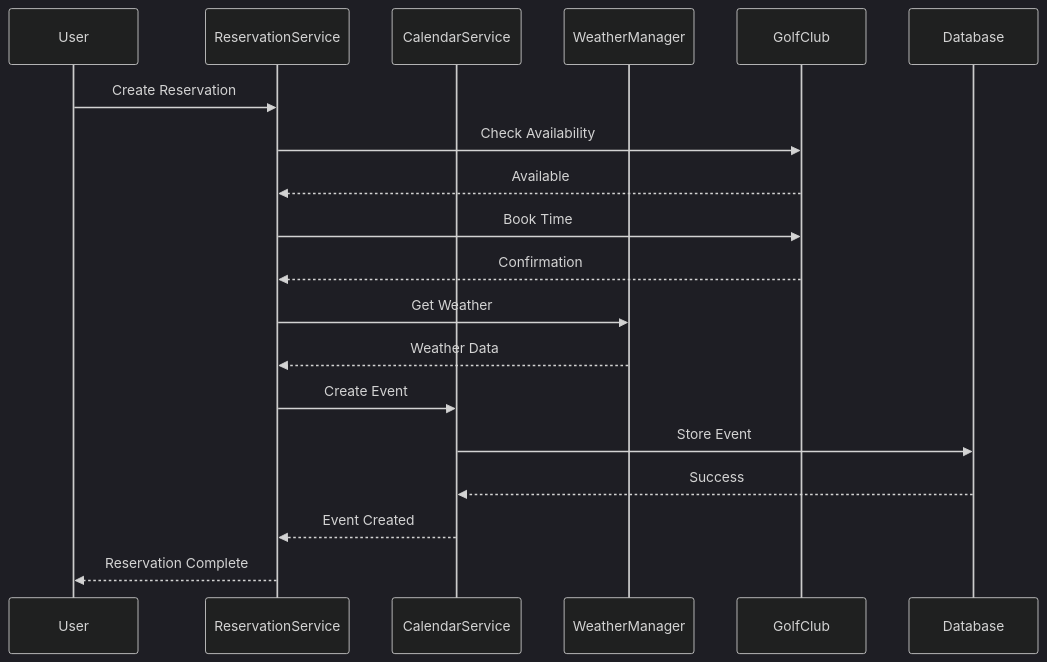
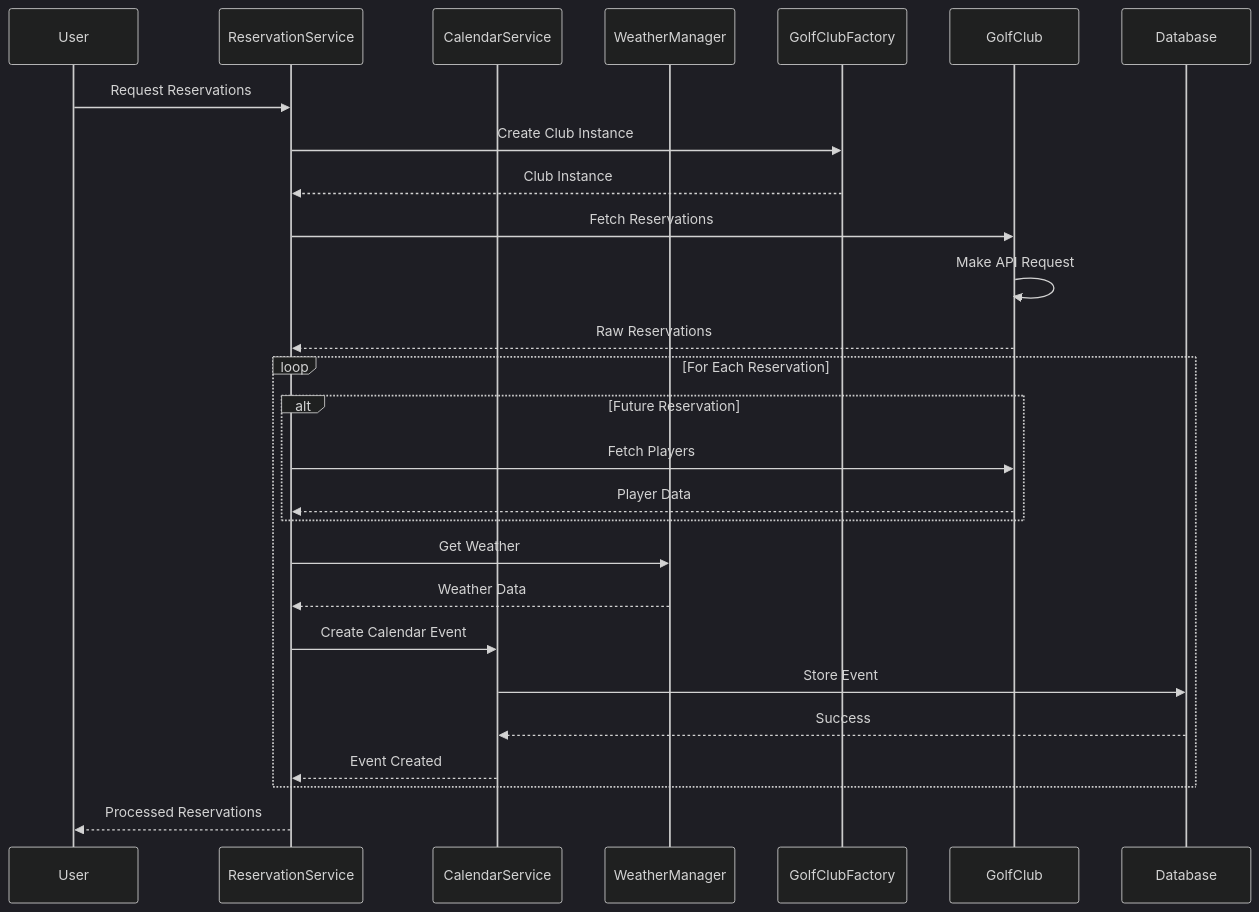
One commit to nasula/golfcal2 changed the fourth of 4 diagrams in docs/architecture/services.md. Above: the diagram before and after it, drawn with Mermaid (dark theme). The commit also changed 3 other files, not shown here.

````diff
--- a/docs/architecture/services.md
+++ b/docs/architecture/services.md
@@ -136,22 +136,32 @@
 ```mermaid
 sequenceDiagram
     participant User
     participant RS as ReservationService
     participant CS as CalendarService
     participant WM as WeatherManager
+    participant GCF as GolfClubFactory
     participant GC as GolfClub
     participant DB as Database
 
-    User->>RS: Create Reservation
-    RS->>GC: Check Availability
-    GC-->>RS: Available
-    RS->>GC: Book Time
-    GC-->>RS: Confirmation
-    RS->>WM: Get Weather
-    WM-->>RS: Weather Data
-    RS->>CS: Create Event
-    CS->>DB: Store Event
-    DB-->>CS: Success
-    CS-->>RS: Event Created
-    RS-->>User: Reservation Complete
+    User->>RS: Request Reservations
+    RS->>GCF: Create Club Instance
+    GCF-->>RS: Club Instance
+    RS->>GC: Fetch Reservations
+    GC->>GC: Make API Request
+    GC-->>RS: Raw Reservations
+    
+    loop For Each Reservation
+        alt Future Reservation
+            RS->>GC: Fetch Players
+            GC-->>RS: Player Data
+        end
+        RS->>WM: Get Weather
+        WM-->>RS: Weather Data
+        RS->>CS: Create Calendar Event
+        CS->>DB: Store Event
+        DB-->>CS: Success
+        CS-->>RS: Event Created
+    end
+    
+    RS-->>User: Processed Reservations
 ```
````
